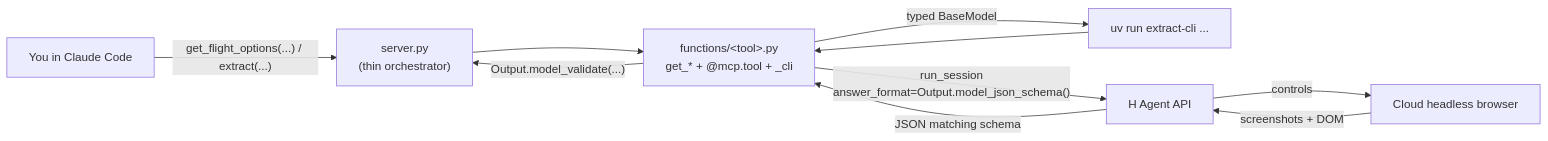
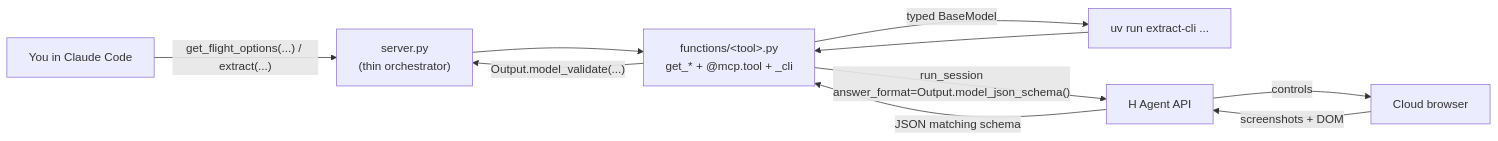
Before and after one commit to exemplary-citizen/computer-use-hackathon: the diagram in examples/extract_anything/README.md, drawn with Mermaid. The commit also changed 2 other files, not shown here.

Commit message:
Drop the headless browser knob from examples

````diff
--- a/examples/extract_anything/README.md
+++ b/examples/extract_anything/README.md
@@ -106,12 +106,12 @@
 ```mermaid
 flowchart LR
   cc["You in Claude Code"] -->|"get_flight_options(...) / extract(...)"| mcp["server.py<br/>(thin orchestrator)"]
   cli["uv run extract-cli ..."] --> pyfn["functions/&lt;tool&gt;.py<br/>get_* + @mcp.tool + _cli"]
   mcp --> pyfn
   pyfn -->|"run_session<br/>answer_format=Output.model_json_schema()"| api["H Agent API"]
-  api -->|controls| browser["Cloud headless browser"]
+  api -->|controls| browser["Cloud browser"]
   browser -->|"screenshots + DOM"| api
   api -->|"JSON matching schema"| pyfn
   pyfn -->|"Output.model_validate(...)"| mcp
   pyfn -->|"typed BaseModel"| cli
 ```
````
